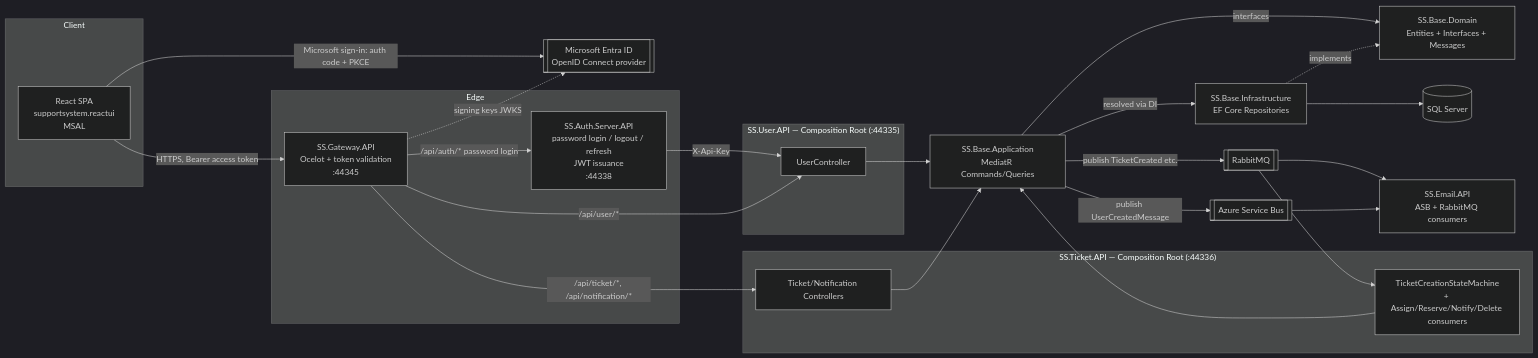
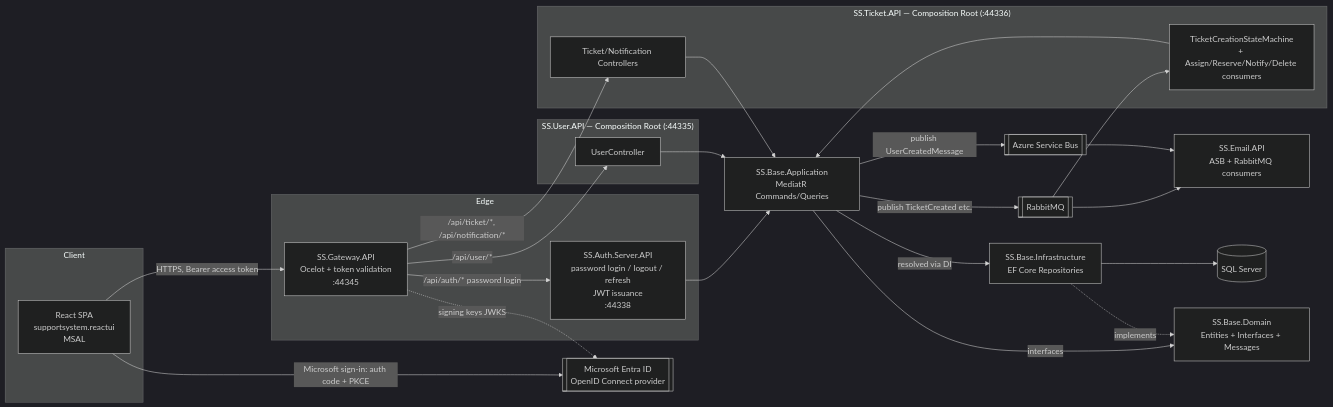
One commit to narendransekar7/Support changed the first of 2 diagrams in SupportSystemManagement/SupportSystem/ARCHITECTURE.md. Above: the diagram before and after it, drawn with Mermaid (dark theme). The commit also changed other lines of this file and 14 other files, not shown here.

First line of the commit message:
Handle password sign-in data operations in the Auth API

````diff
--- a/SupportSystemManagement/SupportSystem/ARCHITECTURE.md
+++ b/SupportSystemManagement/SupportSystem/ARCHITECTURE.md
@@ -23,51 +23,51 @@
 ```mermaid
 flowchart LR
     subgraph Client
         UI[React SPA<br/>supportsystem.reactui<br/>MSAL]
     end
 
     ENTRA[[Microsoft Entra ID<br/>OpenID Connect provider]]
 
     subgraph Edge
         GW[SS.Gateway.API<br/>Ocelot + token validation<br/>:44345]
         AUTH[SS.Auth.Server.API<br/>password login / logout / refresh<br/>JWT issuance<br/>:44338]
     end
 
     subgraph UserCore["SS.User.API — Composition Root (:44335)"]
         UAPI[UserController]
     end
 
     subgraph TicketCore["SS.Ticket.API — Composition Root (:44336)"]
         TAPI[Ticket/Notification Controllers]
         SAGA[TicketCreationStateMachine<br/>+ Assign/Reserve/Notify/Delete consumers]
     end
 
     APP[SS.Base.Application<br/>MediatR Commands/Queries]
     DOM[SS.Base.Domain<br/>Entities + Interfaces + Messages]
     INFRA[SS.Base.Infrastructure<br/>EF Core Repositories]
 
     DB[(SQL Server)]
     ASB[[Azure Service Bus]]
     MQ[[RabbitMQ]]
     EMAIL[SS.Email.API<br/>ASB + RabbitMQ consumers]
 
     UI -->|Microsoft sign-in: auth code + PKCE| ENTRA
     UI -->|HTTPS, Bearer access token| GW
     GW -.signing keys JWKS.-> ENTRA
     GW -->|/api/auth/* password login| AUTH
     GW -->|/api/user/*| UAPI
     GW -->|/api/ticket/*, /api/notification/*| TAPI
-    AUTH -->|X-Api-Key| UAPI
+    AUTH --> APP
     UAPI --> APP
     TAPI --> APP
     SAGA --> APP
     APP -->|interfaces| DOM
     INFRA -.implements.-> DOM
     APP -->|resolved via DI| INFRA
     INFRA --> DB
     APP -->|publish TicketCreated etc.| MQ
     MQ --> SAGA
     MQ --> EMAIL
     APP -->|publish UserCreatedMessage| ASB
     ASB --> EMAIL
 ```
````
